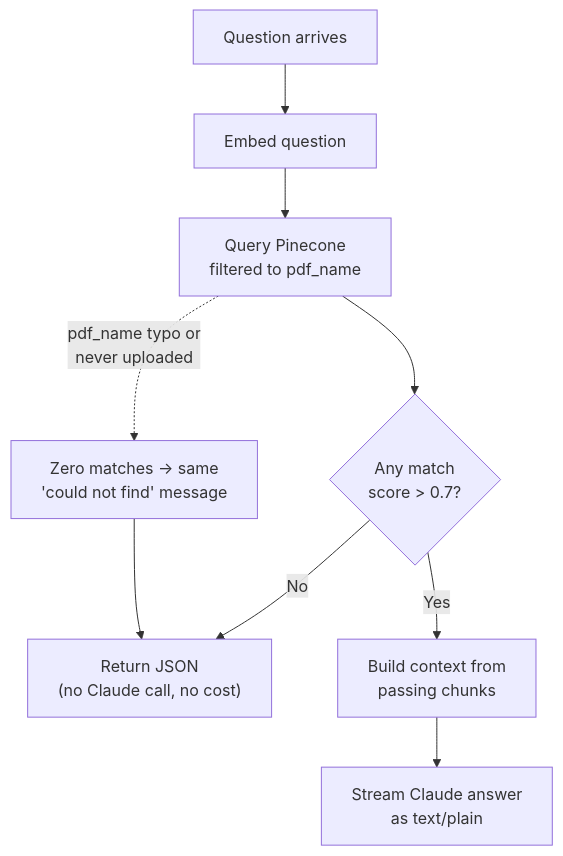
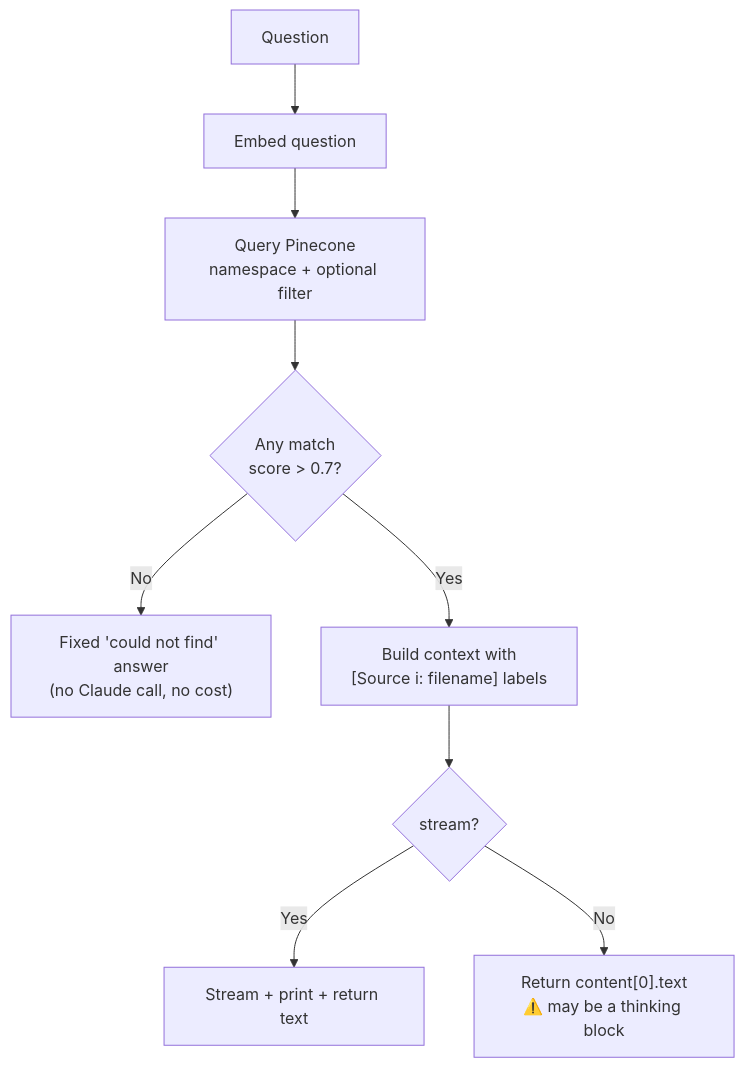
One commit to lsolor/korg-pdf-qa changed the sixth of 19 diagrams in ARCHITECTURE.md. Above: the diagram before and after it, drawn with Mermaid. The commit also changed other lines of this file, not shown here.

First line of the commit message:
Update ARCHITECTURE.md for the script-based RAG pipeline

````diff
--- a/ARCHITECTURE.md
+++ b/ARCHITECTURE.md
@@ -292,11 +297,11 @@
 ```mermaid
 flowchart TD
-    A[Question arrives] --> B[Embed question]
-    B --> C[Query Pinecone<br/>filtered to pdf_name]
+    A[Question] --> B[Embed question]
+    B --> C["Query Pinecone<br/>namespace + optional filter"]
     C --> D{"Any match<br/>score > 0.7?"}
-    D -- No --> E["Return JSON<br/>(no Claude call, no cost)"]
-    D -- Yes --> F[Build context from<br/>passing chunks]
-    F --> G[Stream Claude answer<br/>as text/plain]
-    C -.pdf_name typo or<br/>never uploaded.-> H[Zero matches → same<br/>'could not find' message]
-    H --> E
+    D -- No --> E["Fixed 'could not find' answer<br/>(no Claude call, no cost)"]
+    D -- Yes --> F["Build context with<br/>[Source i: filename] labels"]
+    F --> G{stream?}
+    G -- Yes --> H[Stream + print + return text]
+    G -- No --> I["Return content[0].text<br/>⚠️ may be a thinking block"]
 ```
````
